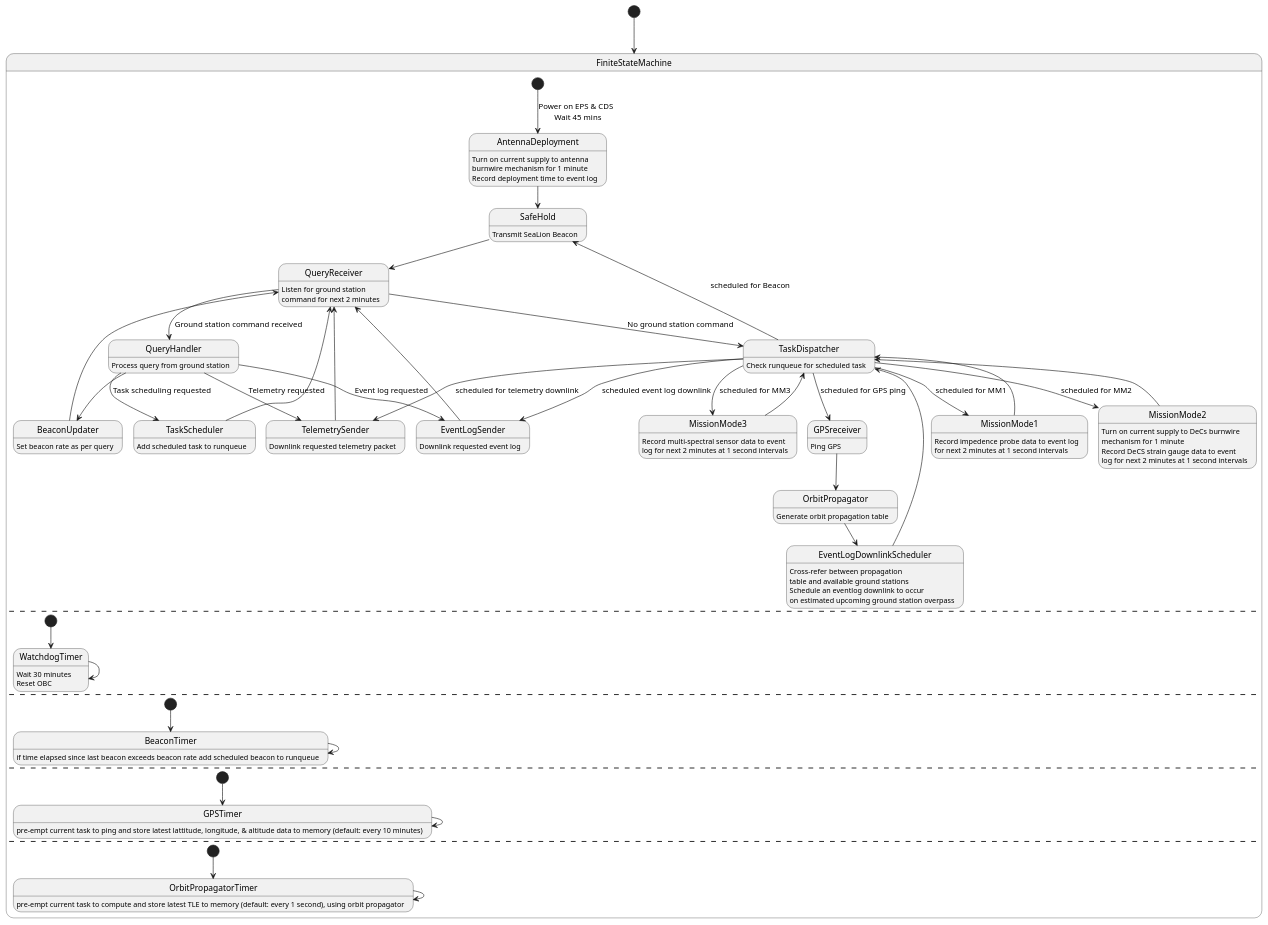
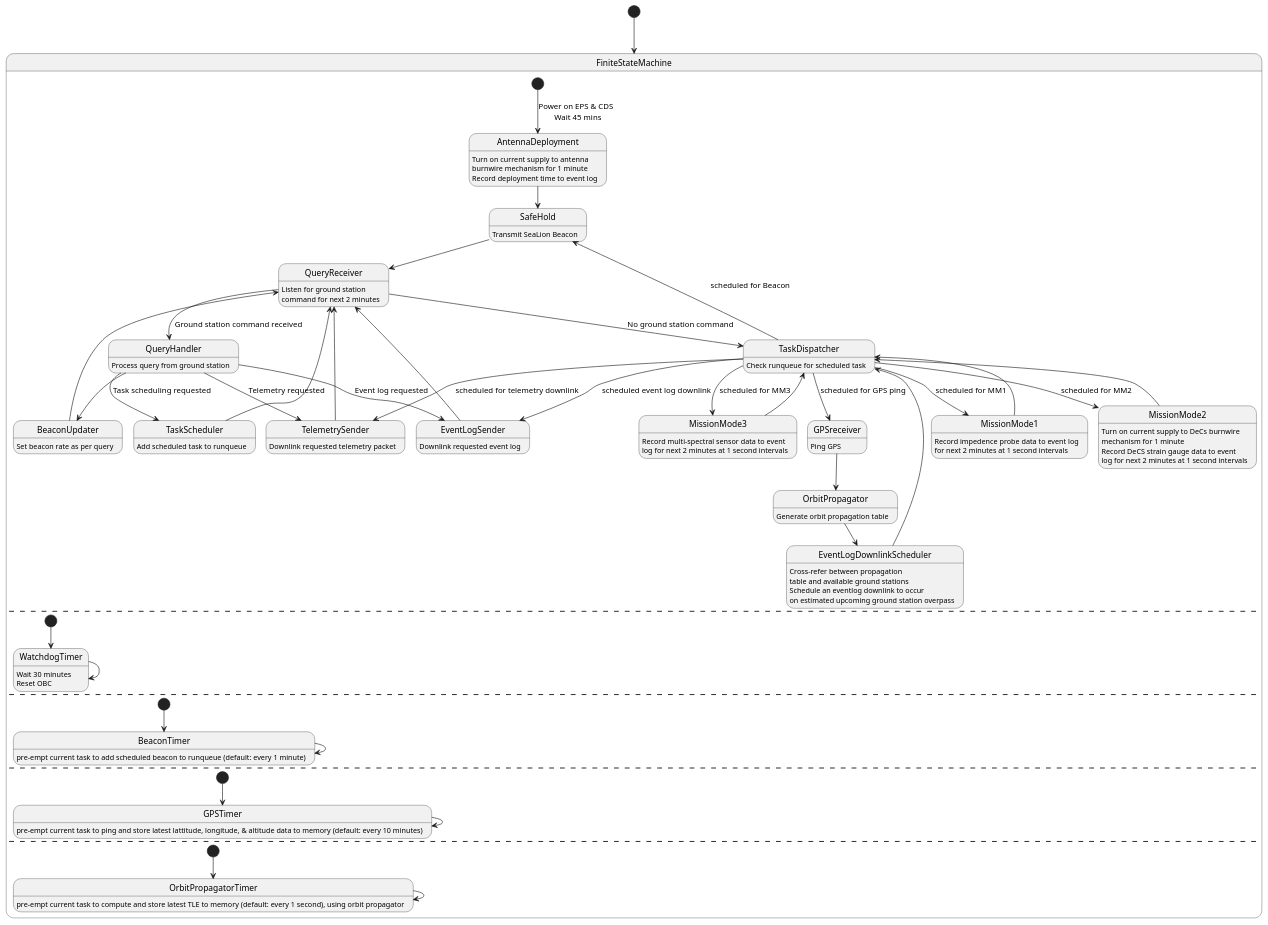
Before and after one commit to ODU-CGA-CubeSat/FSW: the diagram in fsw-architecture/operating-mode-as-fsm.puml, drawn with PlantUML.

Commit message:
update details to BeaconTimer
add verbiage:
- pre-empt current task
- default beacon: every 1 minute

```diff
--- a/fsw-architecture/operating-mode-as-fsm.puml
+++ b/fsw-architecture/operating-mode-as-fsm.puml
@@ -1,95 +1,95 @@
 @startuml
 
 [*] --> FiniteStateMachine
 state FiniteStateMachine {
       state AntennaDeployment
             AntennaDeployment : Turn on current supply to antenna
             AntennaDeployment : burnwire mechanism for 1 minute
             AntennaDeployment : Record deployment time to event log
       state SafeHold
             SafeHold : Transmit SeaLion Beacon
       state QueryReceiver
             QueryReceiver : Listen for ground station
             QueryReceiver : command for next 2 minutes
       state TelemetrySender
             TelemetrySender : Downlink requested telemetry packet
       state EventLogSender
             EventLogSender : Downlink requested event log
       state BeaconUpdater
             BeaconUpdater : Set beacon rate as per query
       state MissionMode1
             MissionMode1 : Record impedence probe data to event log
             MissionMode1 : for next 2 minutes at 1 second intervals
       state MissionMode2
             MissionMode2 : Turn on current supply to DeCs burnwire
             MissionMode2 : mechanism for 1 minute
             MissionMode2 : Record DeCS strain gauge data to event
             MissionMode2 : log for next 2 minutes at 1 second intervals
       state MissionMode3
             MissionMode3 : Record multi-spectral sensor data to event
             MissionMode3 : log for next 2 minutes at 1 second intervals
       state TaskDispatcher
             TaskDispatcher : Check runqueue for scheduled task
       state OrbitPropagator
             OrbitPropagator : Generate orbit propagation table
       state EventLogDownlinkScheduler
             EventLogDownlinkScheduler : Cross-refer between propagation
             EventLogDownlinkScheduler : table and available ground stations
             EventLogDownlinkScheduler : Schedule an eventlog downlink to occur
             EventLogDownlinkScheduler : on estimated upcoming ground station overpass
       state GPSreceiver
             GPSreceiver : Ping GPS
       state QueryHandler
             QueryHandler : Process query from ground station
       state TaskScheduler
             TaskScheduler : Add scheduled task to runqueue
 
       [*] --> AntennaDeployment : Power on EPS & CDS \n Wait 45 mins
       AntennaDeployment --> SafeHold
       SafeHold --> QueryReceiver
       QueryReceiver --> QueryHandler : Ground station command received
       QueryHandler --> TelemetrySender : Telemetry requested
       QueryHandler --> EventLogSender : Event log requested
       QueryHandler --> TaskScheduler : Task scheduling requested
       QueryHandler --> BeaconUpdater
       BeaconUpdater --> QueryReceiver
       TelemetrySender --> QueryReceiver
       EventLogSender --> QueryReceiver
       TaskScheduler --> QueryReceiver
       GPSreceiver --> OrbitPropagator
       OrbitPropagator --> EventLogDownlinkScheduler
       EventLogDownlinkScheduler --> TaskDispatcher
       QueryReceiver --> TaskDispatcher : No ground station command
       TaskDispatcher --> MissionMode1 : scheduled for MM1
       TaskDispatcher --> MissionMode2 : scheduled for MM2
       TaskDispatcher --> MissionMode3 : scheduled for MM3
       TaskDispatcher --> EventLogSender : scheduled event log downlink
       TaskDispatcher --> TelemetrySender : scheduled for telemetry downlink
       TaskDispatcher --> GPSreceiver : scheduled for GPS ping
       TaskDispatcher --> SafeHold : scheduled for Beacon
       MissionMode1 --> TaskDispatcher
       MissionMode2 --> TaskDispatcher
       MissionMode3 --> TaskDispatcher
       --
       state WatchdogTimer
             WatchdogTimer : Wait 30 minutes
             WatchdogTimer : Reset OBC
       [*] --> WatchdogTimer
       WatchdogTimer --> WatchdogTimer
       --
       state BeaconTimer
-            BeaconTimer : if time elapsed since last beacon exceeds beacon rate add scheduled beacon to runqueue
+            BeaconTimer : pre-empt current task to add scheduled beacon to runqueue (default: every 1 minute)
       [*] --> BeaconTimer
       BeaconTimer --> BeaconTimer
       --
       state GPSTimer
             GPSTimer : pre-empt current task to ping and store latest lattitude, longitude, & altitude data to memory (default: every 10 minutes)
       [*] --> GPSTimer
       GPSTimer --> GPSTimer
       --
       state OrbitPropagatorTimer
             OrbitPropagatorTimer : pre-empt current task to compute and store latest TLE to memory (default: every 1 second), using orbit propagator
       [*] --> OrbitPropagatorTimer
       OrbitPropagatorTimer --> OrbitPropagatorTimer
 }
 @enduml
```
